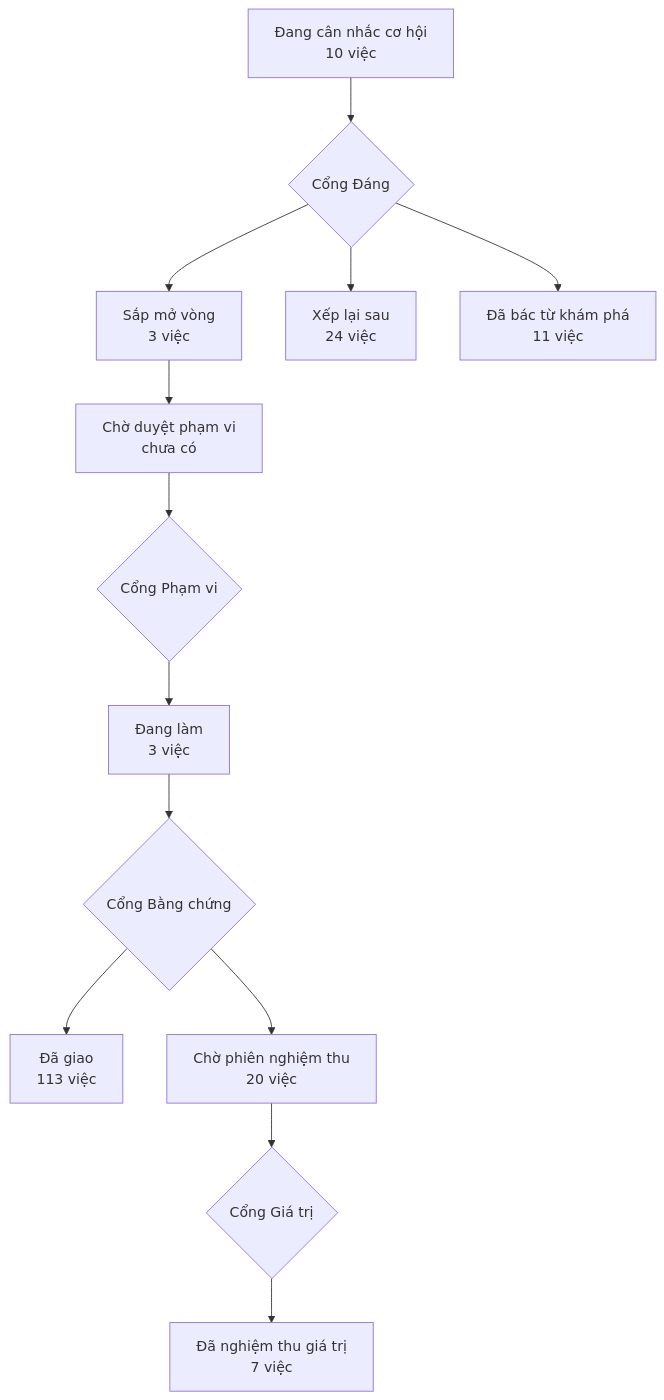
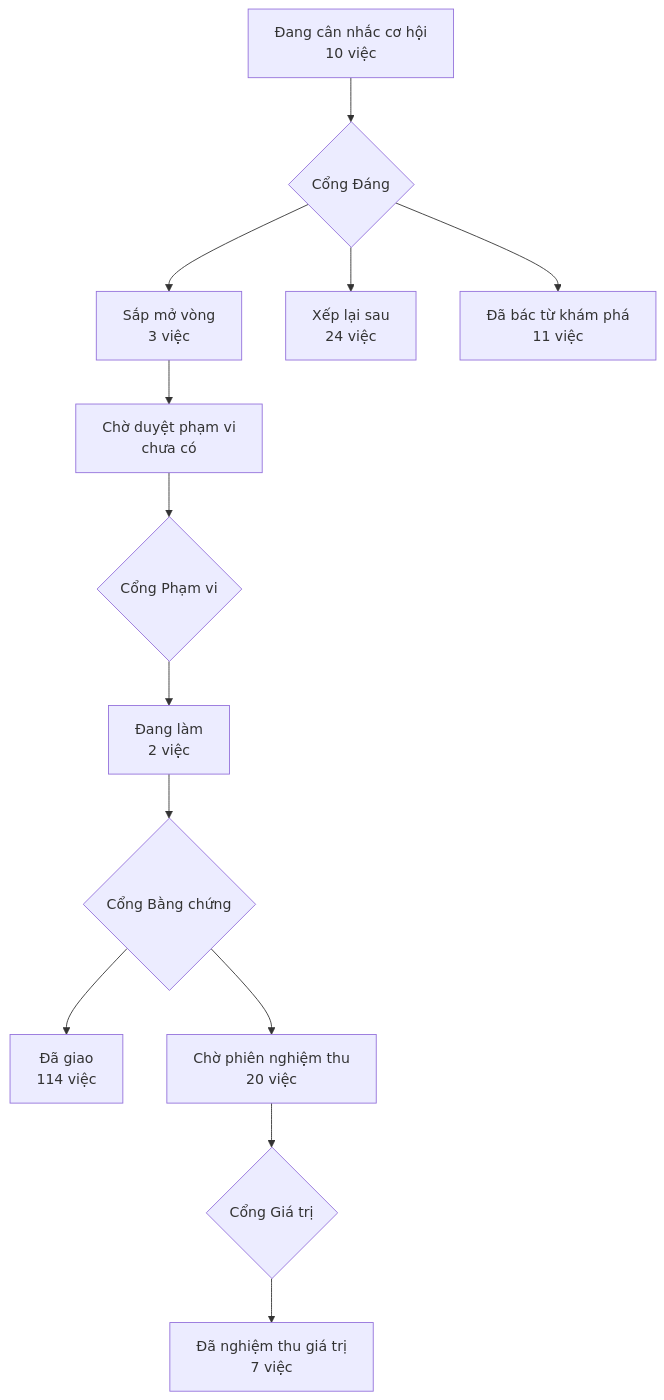
Before and after one commit to phanlemanh/acceptance-gate-kit: the diagram in PRODUCT-MAP.md, drawn with Mermaid. The commit also changed 6 other files, not shown here.

````diff
--- a/PRODUCT-MAP.md
+++ b/PRODUCT-MAP.md
@@ -7,12 +7,12 @@
 ```mermaid
 flowchart TD
   A["Đang cân nhắc cơ hội<br/>10 việc"] --> GD{"Cổng Đáng"}
   GD --> B["Sắp mở vòng<br/>3 việc"]
   GD --> XL["Xếp lại sau<br/>24 việc"]
   GD --> DB["Đã bác từ khám phá<br/>11 việc"]
   B --> CD["Chờ duyệt phạm vi<br/>chưa có"] --> GP{"Cổng Phạm vi"}
-  GP --> DL["Đang làm<br/>3 việc"] --> GB{"Cổng Bằng chứng"}
-  GB --> DG["Đã giao<br/>113 việc"]
+  GP --> DL["Đang làm<br/>2 việc"] --> GB{"Cổng Bằng chứng"}
+  GB --> DG["Đã giao<br/>114 việc"]
   GB --> CN["Chờ phiên nghiệm thu<br/>20 việc"] --> GG{"Cổng Giá trị"}
   GG --> NT["Đã nghiệm thu giá trị<br/>7 việc"]
 ```
````
